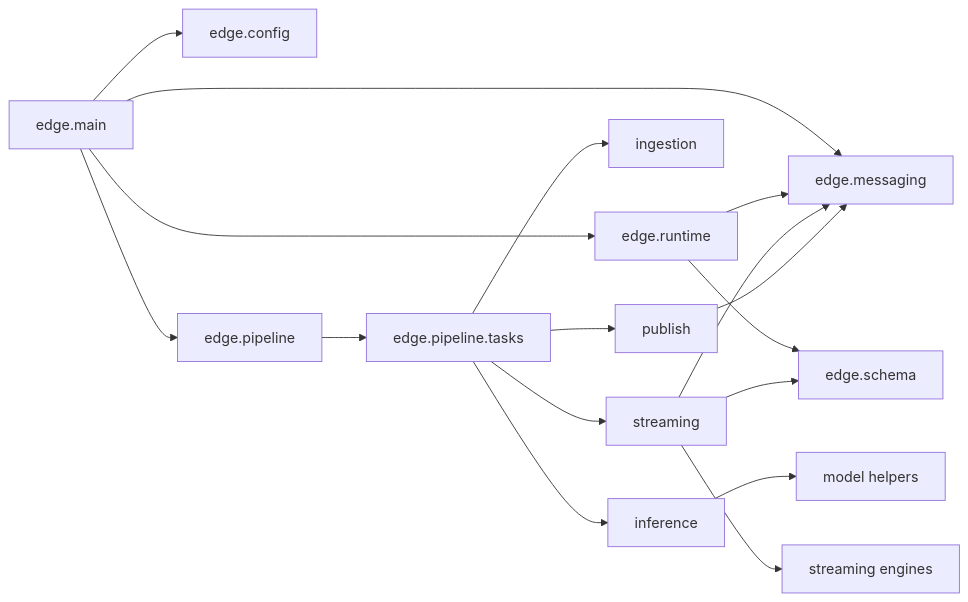
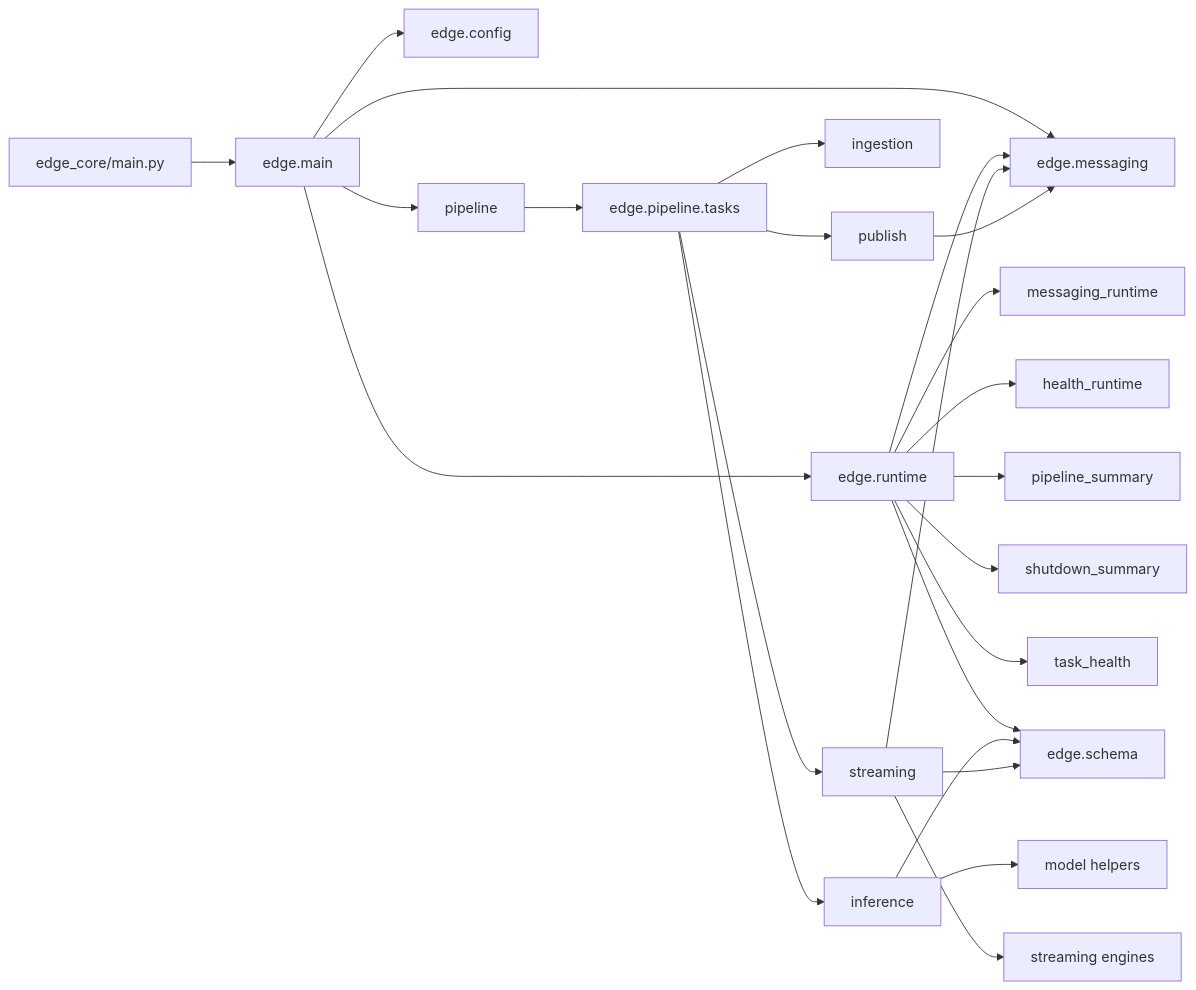
One commit to allenshie/edge_core changed the fifth of 5 diagrams in docs/diagrams/README.md. Above: the diagram before and after it, drawn with Mermaid. The commit also changed other lines of this file and 11 other files, not shown here.

Commit message:
docs: add edge_core diagram hub

````diff
--- a/docs/diagrams/README.md
+++ b/docs/diagrams/README.md
@@ -123,33 +232,46 @@
 ```mermaid
 graph LR
+    Compat[edge_core/main.py]
     Main[edge.main]
     Config[edge.config]
     Messaging[edge.messaging]
     Runtime[edge.runtime]
-    Pipeline[edge.pipeline]
+    MessagingRuntime[messaging_runtime]
+    HealthRuntime[health_runtime]
+    PipelineSummary[pipeline_summary]
+    ShutdownSummary[shutdown_summary]
+    TaskHealth[task_health]
+    Pipeline[pipeline]
     Tasks[edge.pipeline.tasks]
     Ingest[ingestion]
     Infer[inference]
     Stream[streaming]
     Publish[publish]
     Models[model helpers]
     Engines[streaming engines]
     Schema[edge.schema]
 
+    Compat --> Main
     Main --> Config
     Main --> Messaging
     Main --> Runtime
     Main --> Pipeline
+    Runtime --> MessagingRuntime
+    Runtime --> HealthRuntime
+    Runtime --> PipelineSummary
+    Runtime --> ShutdownSummary
+    Runtime --> TaskHealth
+    Runtime --> Messaging
+    Runtime --> Schema
     Pipeline --> Tasks
     Tasks --> Ingest
     Tasks --> Infer
     Tasks --> Stream
     Tasks --> Publish
-    Runtime --> Messaging
-    Runtime --> Schema
     Infer --> Models
+    Infer --> Schema
     Stream --> Engines
     Stream --> Messaging
     Stream --> Schema
     Publish --> Messaging
 ```
````
